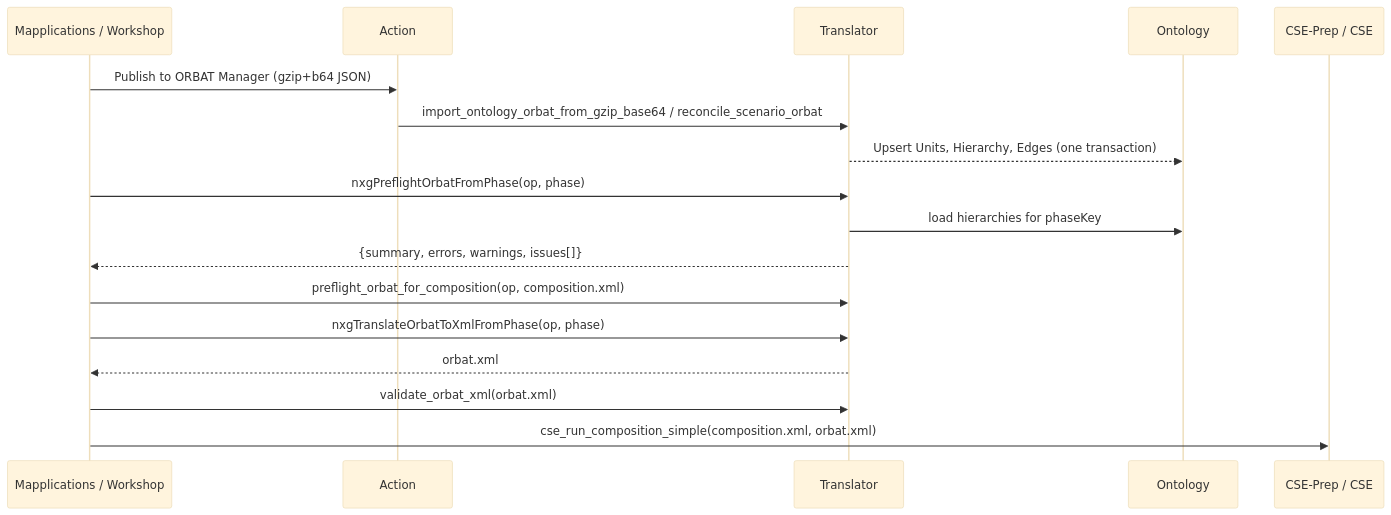
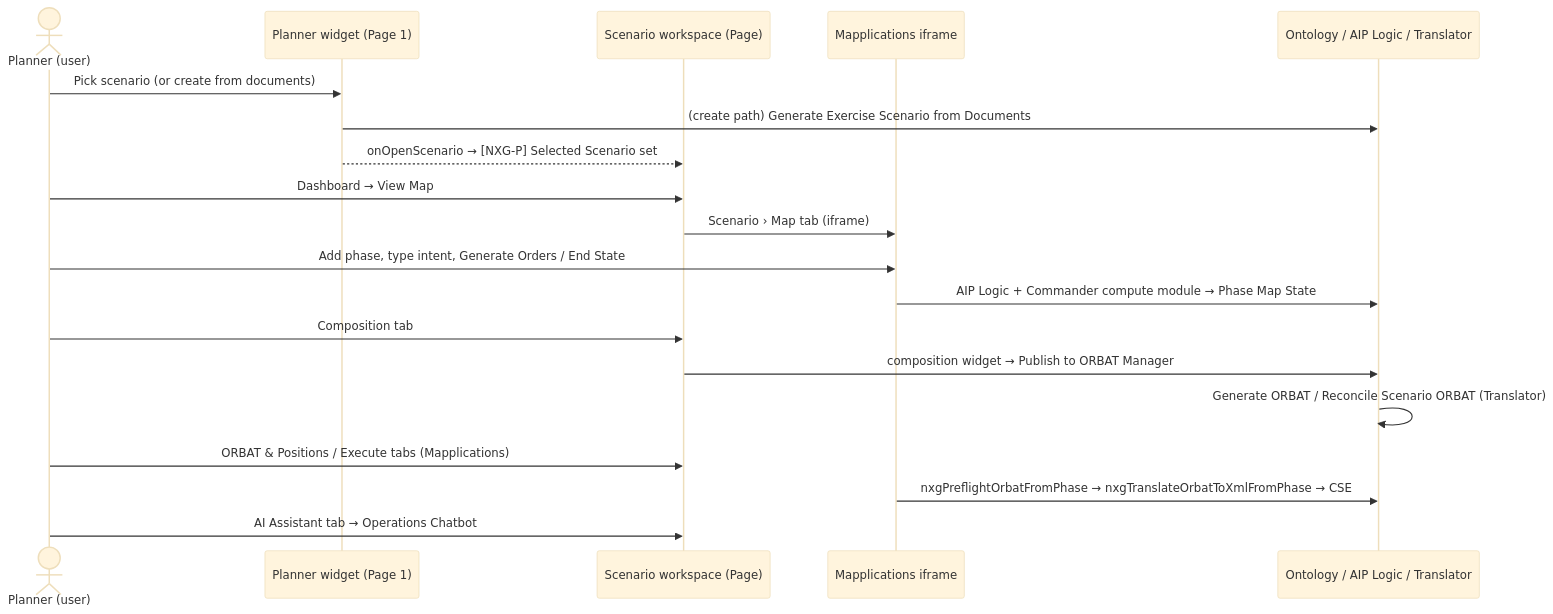
One commit to DavidAlexKelly/cse changed the second of 2 diagrams in WORKSHOP.md. Above: the diagram before and after it, drawn with Mermaid (base theme). The commit also changed other lines of this file, not shown here.

````diff
--- a/WORKSHOP.md
+++ b/WORKSHOP.md
@@ -389,19 +524,21 @@
 ```mermaid
 sequenceDiagram
-  participant UI as Mapplications / Workshop
-  participant ACT as Action
-  participant TR as Translator
-  participant ONT as Ontology
-  participant CSE as CSE-Prep / CSE
-  UI->>ACT: Publish to ORBAT Manager (gzip+b64 JSON)
-  ACT->>TR: import_ontology_orbat_from_gzip_base64 / reconcile_scenario_orbat
-  TR-->>ONT: Upsert Units, Hierarchy, Edges (one transaction)
-  UI->>TR: nxgPreflightOrbatFromPhase(op, phase)
-  TR->>ONT: load hierarchies for phaseKey
-  TR-->>UI: {summary, errors, warnings, issues[]}
-  UI->>TR: preflight_orbat_for_composition(op, composition.xml)
-  UI->>TR: nxgTranslateOrbatToXmlFromPhase(op, phase)
-  TR-->>UI: orbat.xml
-  UI->>TR: validate_orbat_xml(orbat.xml)
-  UI->>CSE: cse_run_composition_simple(composition.xml, orbat.xml)
+  actor U as Planner (user)
+  participant PL as Planner widget (Page 1)
+  participant WS as Scenario workspace (Page)
+  participant MA as Mapplications iframe
+  participant ONT as Ontology / AIP Logic / Translator
+  U->>PL: Pick scenario (or create from documents)
+  PL->>ONT: (create path) Generate Exercise Scenario from Documents
+  PL-->>WS: onOpenScenario → [NXG-P] Selected Scenario set
+  U->>WS: Dashboard → View Map
+  WS->>MA: Scenario › Map tab (iframe)
+  U->>MA: Add phase, type intent, Generate Orders / End State
+  MA->>ONT: AIP Logic + Commander compute module → Phase Map State
+  U->>WS: Composition tab
+  WS->>ONT: composition widget → Publish to ORBAT Manager
+  ONT->>ONT: Generate ORBAT / Reconcile Scenario ORBAT (Translator)
+  U->>WS: ORBAT & Positions / Execute tabs (Mapplications)
+  MA->>ONT: nxgPreflightOrbatFromPhase → nxgTranslateOrbatToXmlFromPhase → CSE
+  U->>WS: AI Assistant tab → Operations Chatbot
 ```
````
